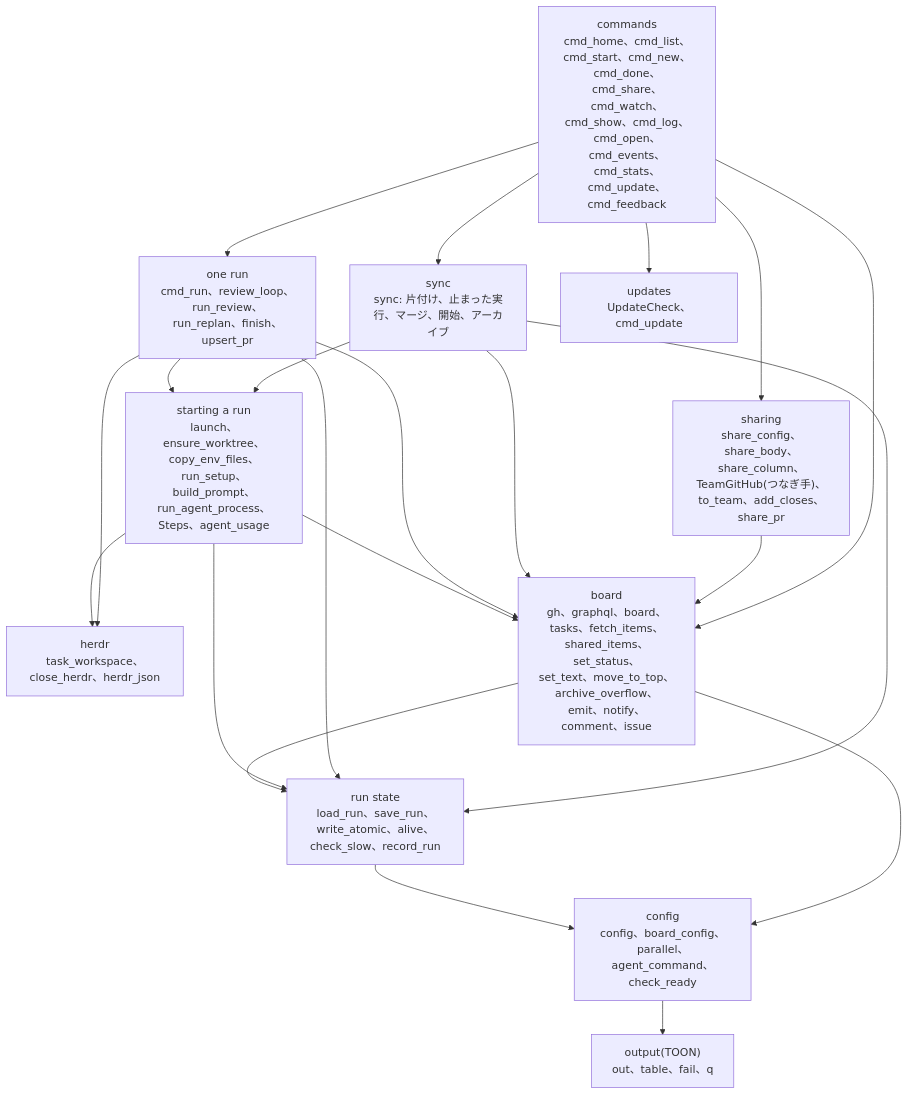
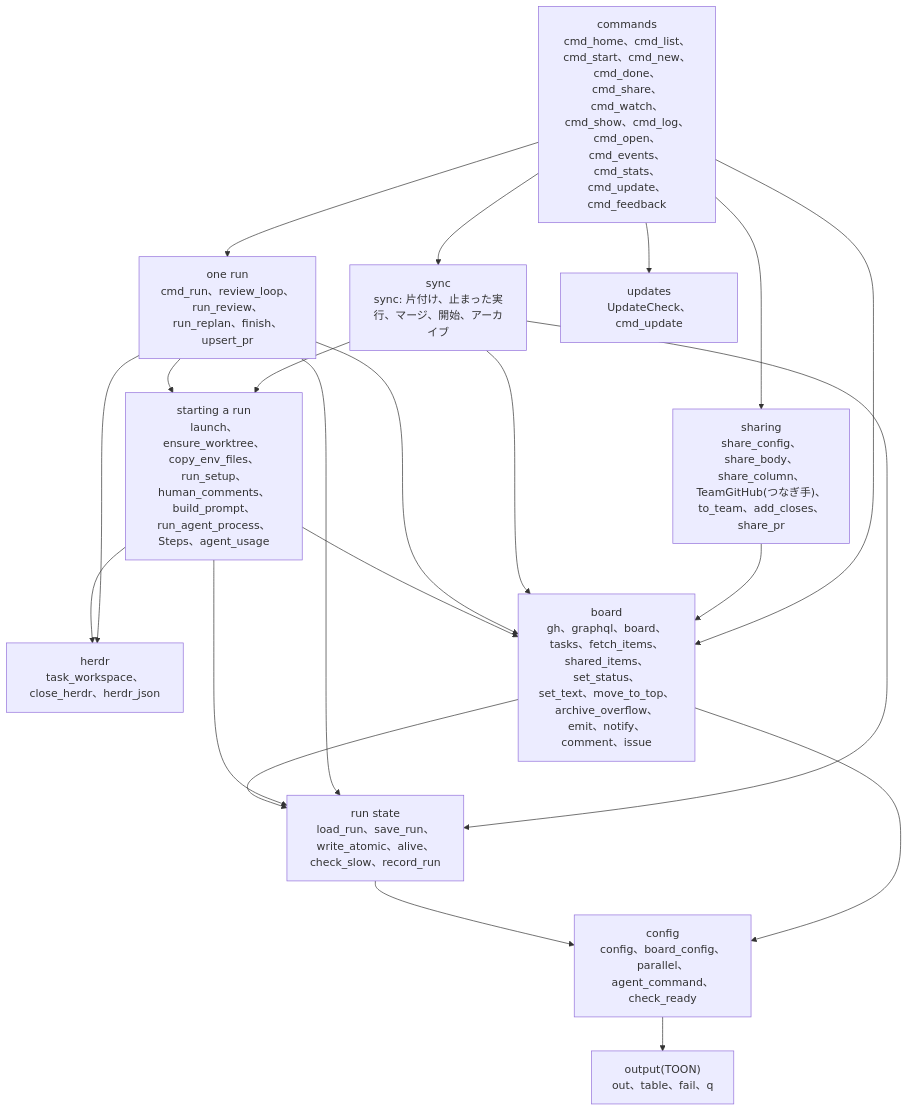
One commit to dip-ka-jo/task-hub-1 changed the first of 8 diagrams in docs/architecture/lld.md. Above: the diagram before and after it, drawn with Mermaid. The commit also changed other lines of this file and 11 other files, not shown here.

````diff
--- a/docs/architecture/lld.md
+++ b/docs/architecture/lld.md
@@ -11,35 +11,35 @@
 ```mermaid
 flowchart TB
     commands["commands<br/>cmd_home、cmd_list、cmd_start、cmd_new、cmd_done、cmd_share、cmd_watch、<br/>cmd_show、cmd_log、cmd_open、cmd_events、cmd_stats、cmd_update、cmd_feedback"]
     sharing["sharing<br/>share_config、share_body、share_column、TeamGitHub(つなぎ手)、to_team、add_closes、share_pr"]
     sync["sync<br/>sync: 片付け、止まった実行、マージ、開始、アーカイブ"]
     runone["one run<br/>cmd_run、review_loop、run_review、run_replan、finish、upsert_pr"]
-    start["starting a run<br/>launch、ensure_worktree、copy_env_files、run_setup、build_prompt、<br/>run_agent_process、Steps、agent_usage"]
+    start["starting a run<br/>launch、ensure_worktree、copy_env_files、run_setup、human_comments、build_prompt、<br/>run_agent_process、Steps、agent_usage"]
     herdr["herdr<br/>task_workspace、close_herdr、herdr_json"]
     runstate["run state<br/>load_run、save_run、write_atomic、alive、check_slow、record_run"]
     boardl["board<br/>gh、graphql、board、tasks、fetch_items、shared_items、set_status、<br/>set_text、move_to_top、archive_overflow、emit、notify、comment、issue"]
     config["config<br/>config、board_config、parallel、agent_command、check_ready"]
     output["output(TOON)<br/>out、table、fail、q"]
     updates["updates<br/>UpdateCheck、cmd_update"]
 
     commands --> sync
     commands --> runone
     commands --> boardl
     commands --> updates
     commands --> sharing
     sharing --> boardl
     sync --> start
     sync --> boardl
     sync --> runstate
     runone --> start
     runone --> boardl
     runone --> runstate
     runone --> herdr
     start --> herdr
     start --> runstate
     start --> boardl
     boardl --> runstate
     boardl --> config
     runstate --> config
     config --> output
 ```
````
